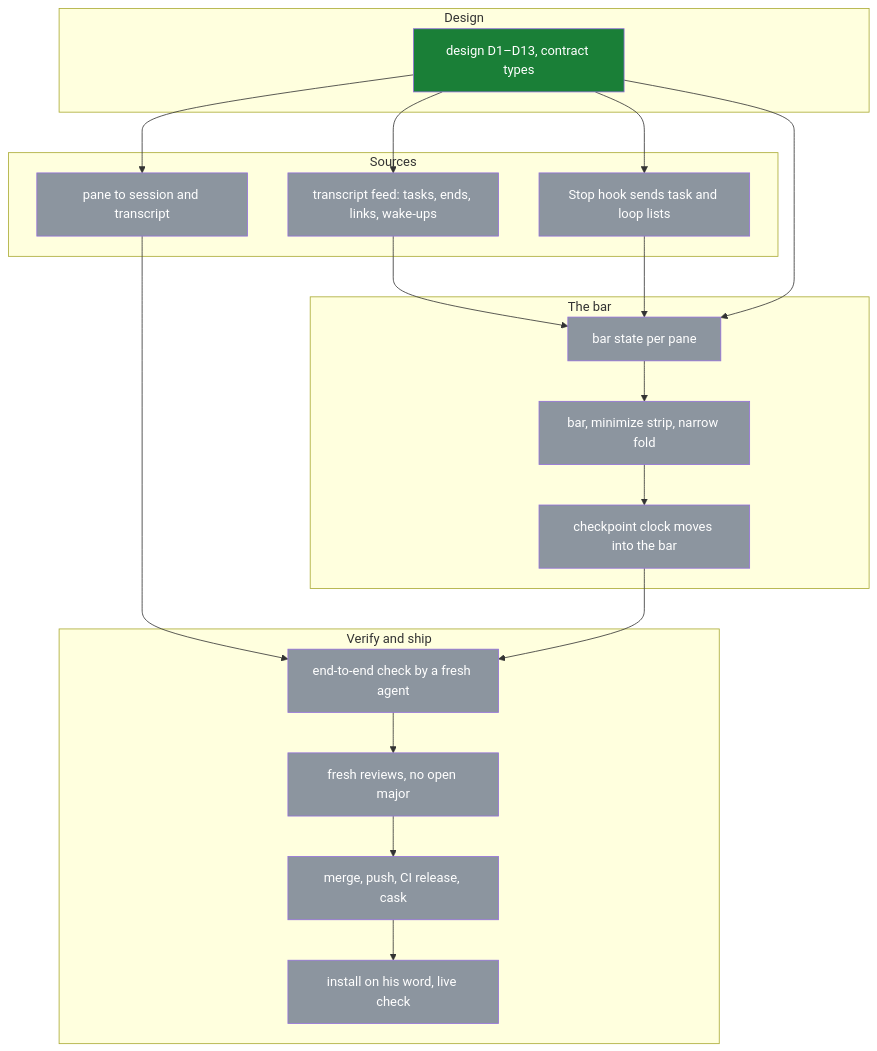
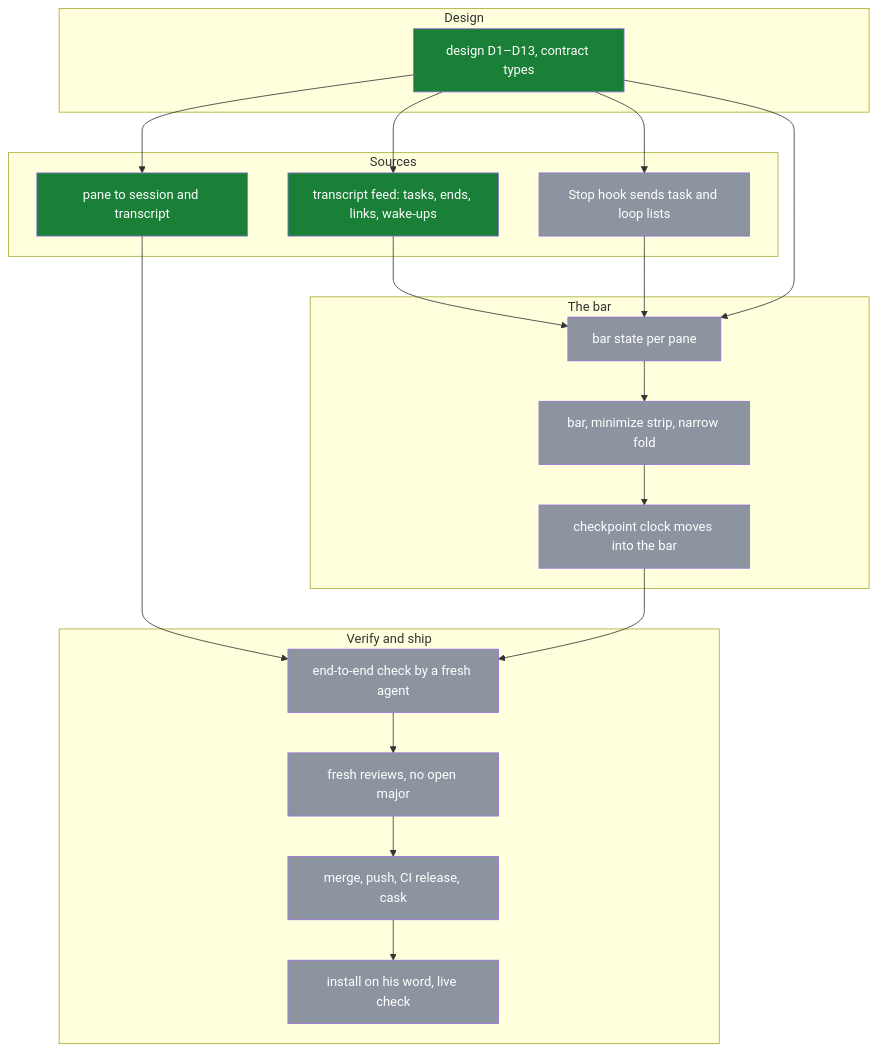
Before and after one commit to michaeljryoung/patton: the diagram in docs/session-bar.md, drawn with Mermaid. The commit also changed other lines of this file and 6 other files, not shown here.

First line of the commit message:
Session bar feed: IPC ownership check, map and key files updated (S60)

````diff
--- a/docs/session-bar.md
+++ b/docs/session-bar.md
@@ -10,41 +10,41 @@
 ```mermaid
 flowchart TD
   subgraph D["Design"]
     bar_design[design D1–D13, contract types]:::done
   end
   subgraph S["Sources"]
-    session_link[pane to session and transcript]:::todo
-    transcript_feed[transcript feed: tasks, ends, links, wake-ups]:::todo
+    session_link[pane to session and transcript]:::done
+    transcript_feed[transcript feed: tasks, ends, links, wake-ups]:::done
     hook_lists[Stop hook sends task and loop lists]:::todo
   end
   subgraph B["The bar"]
     bar_model[bar state per pane]:::todo
     bar_ui[bar, minimize strip, narrow fold]:::todo
     ckpt_move[checkpoint clock moves into the bar]:::todo
   end
   subgraph V["Verify and ship"]
     bar_e2e[end-to-end check by a fresh agent]:::todo
     bar_review[fresh reviews, no open major]:::todo
     bar_release[merge, push, CI release, cask]:::todo
     bar_ship[install on his word, live check]:::todo
   end
   bar_design --> session_link
   bar_design --> transcript_feed
   bar_design --> hook_lists
   bar_design --> bar_model
   session_link --> bar_e2e
   transcript_feed --> bar_model
   hook_lists --> bar_model
   bar_model --> bar_ui
   bar_ui --> ckpt_move
   ckpt_move --> bar_e2e
   bar_e2e --> bar_review
   bar_review --> bar_release
   bar_release --> bar_ship
   classDef done fill:#1a7f37,color:#fff
   classDef live fill:#0969da,color:#fff
   classDef todo fill:#8c959f,color:#fff
   classDef blocked fill:#cf222e,color:#fff
   classDef dropped fill:#eaeef2,color:#57606a
   classDef superseded fill:#eaeef2,color:#57606a
 ```
````
